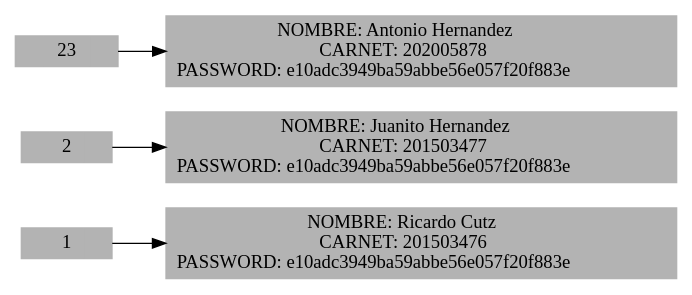
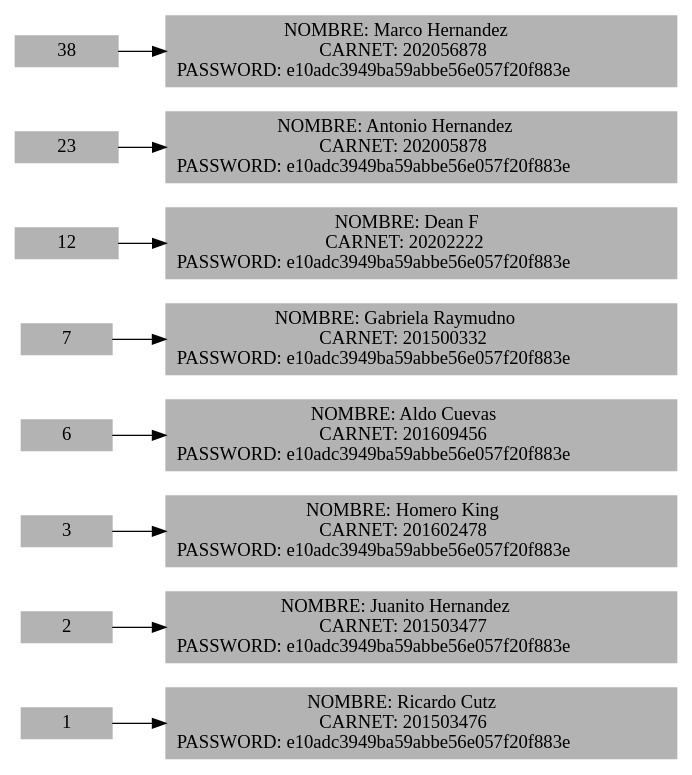
One commit to loumisha96/EDD_1S2020_PY2_201602935 changed the diagram in ReporteUsuarios.dot. Above: the diagram before and after it, drawn with Graphviz. The commit also changed 105 other files, not shown here.

```diff
--- a/ReporteUsuarios.dot
+++ b/ReporteUsuarios.dot
@@ -1,13 +1,28 @@
 digraph G{node[shape=record, width =.1, height = .1, style=filled, color = Gray70];
 rankdir=LR
 
 1[label = "{<ref>|<data>1 |}"]
-1->U3
-U3[label = < NOMBRE: Ricardo Cutz<BR/>CARNET: 201503476<BR/>PASSWORD: e10adc3949ba59abbe56e057f20f883e>]
+1->U0
+U0[label = < NOMBRE: Ricardo Cutz<BR/>CARNET: 201503476<BR/>PASSWORD: e10adc3949ba59abbe56e057f20f883e>]
 2[label = "{<ref>|<data>2 |}"]
-2->U4
-U4[label = < NOMBRE: Juanito Hernandez<BR/>CARNET: 201503477<BR/>PASSWORD: e10adc3949ba59abbe56e057f20f883e>]
+2->U1
+U1[label = < NOMBRE: Juanito Hernandez<BR/>CARNET: 201503477<BR/>PASSWORD: e10adc3949ba59abbe56e057f20f883e>]
+3[label = "{<ref>|<data>3 |}"]
+3->U2
+U2[label = < NOMBRE: Homero King<BR/>CARNET: 201602478<BR/>PASSWORD: e10adc3949ba59abbe56e057f20f883e>]
+6[label = "{<ref>|<data>6 |}"]
+6->U3
+U3[label = < NOMBRE: Aldo Cuevas<BR/>CARNET: 201609456<BR/>PASSWORD: e10adc3949ba59abbe56e057f20f883e>]
+7[label = "{<ref>|<data>7 |}"]
+7->U4
+U4[label = < NOMBRE: Gabriela Raymudno<BR/>CARNET: 201500332<BR/>PASSWORD: e10adc3949ba59abbe56e057f20f883e>]
+12[label = "{<ref>|<data>12 |}"]
+12->U5
+U5[label = < NOMBRE: Dean F<BR/>CARNET: 20202222<BR/>PASSWORD: e10adc3949ba59abbe56e057f20f883e>]
 23[label = "{<ref>|<data>23 |}"]
-23->U5
-U5[label = < NOMBRE: Antonio Hernandez<BR/>CARNET: 202005878<BR/>PASSWORD: e10adc3949ba59abbe56e057f20f883e>]
+23->U6
+U6[label = < NOMBRE: Antonio Hernandez<BR/>CARNET: 202005878<BR/>PASSWORD: e10adc3949ba59abbe56e057f20f883e>]
+38[label = "{<ref>|<data>38 |}"]
+38->U7
+U7[label = < NOMBRE: Marco Hernandez<BR/>CARNET: 202056878<BR/>PASSWORD: e10adc3949ba59abbe56e057f20f883e>]
 }
```
